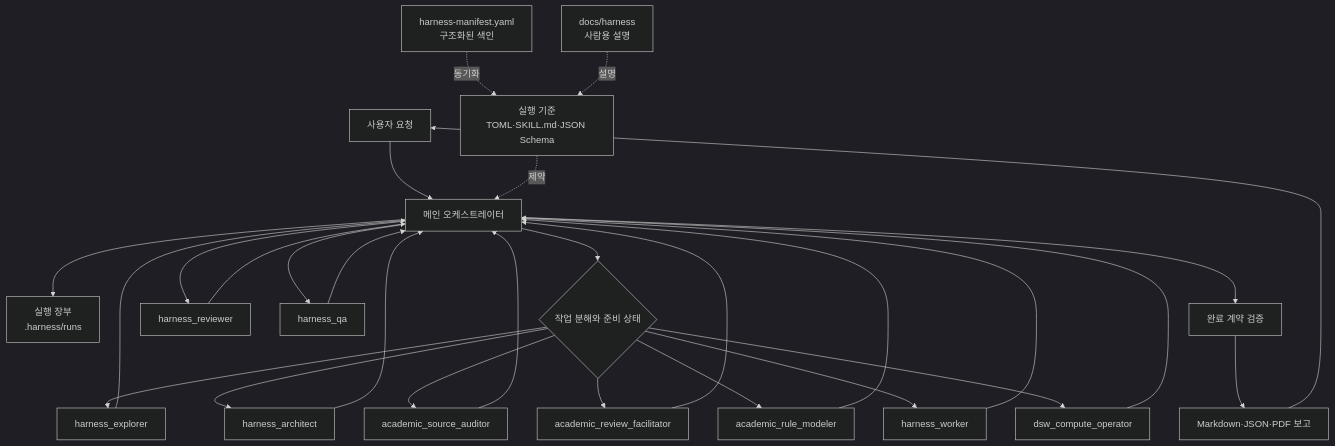
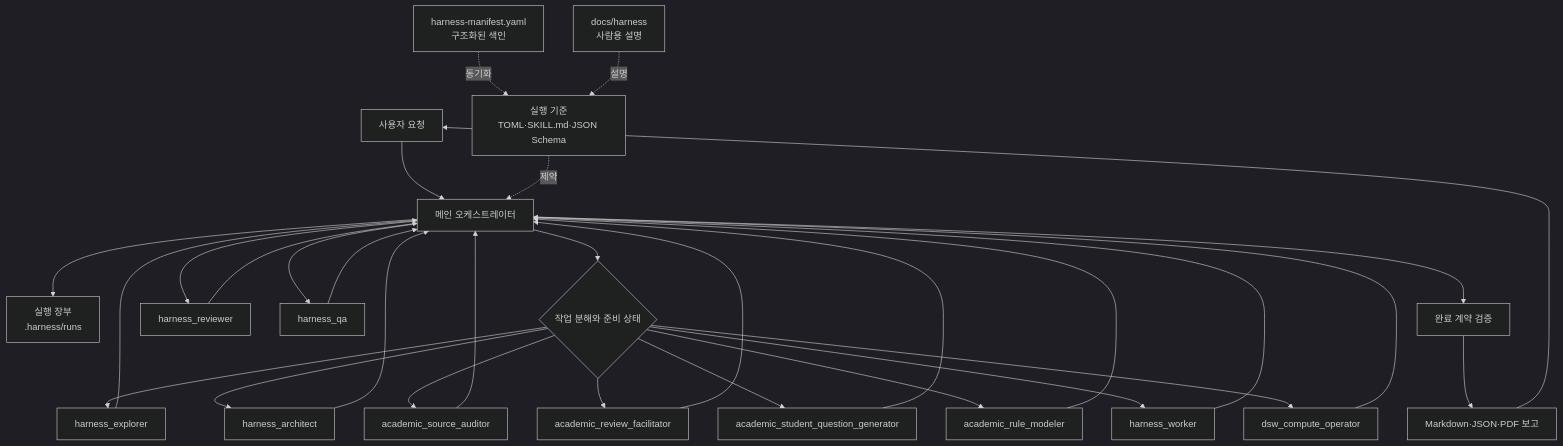
One commit to jeongiryang/kg-ontology-decision-framework-reboot changed the first of 2 diagrams in docs/harness/architecture.md. Above: the diagram before and after it, drawn with Mermaid (dark theme). The commit also changed other lines of this file and 60 other files, not shown here.

````diff
--- a/docs/harness/architecture.md
+++ b/docs/harness/architecture.md
@@ -5,31 +5,33 @@
 ```mermaid
 flowchart TB
     U[사용자 요청] --> O[메인 오케스트레이터]
     O --> L[실행 장부<br/>.harness/runs]
     O --> P{작업 분해와 준비 상태}
     P --> E[harness_explorer]
     P --> A[harness_architect]
     P --> S[academic_source_auditor]
     P --> F[academic_review_facilitator]
+    P --> G[academic_student_question_generator]
     P --> M[academic_rule_modeler]
     P --> W[harness_worker]
     P --> D[dsw_compute_operator]
     E --> O
     A --> O
     S --> O
     F --> O
+    G --> O
     M --> O
     W --> O
     D --> O
     O --> R[harness_reviewer]
     O --> Q[harness_qa]
     R --> O
     Q --> O
     O --> C[완료 계약 검증]
     C --> RP[Markdown·JSON·PDF 보고]
     RP --> U
 
     CFG[실행 기준<br/>TOML·SKILL.md·JSON Schema] -. 제약 .-> O
     MAN[harness-manifest.yaml<br/>구조화된 색인] -. 동기화 .-> CFG
     DOC[docs/harness<br/>사람용 설명] -. 설명 .-> CFG
 ```
````
